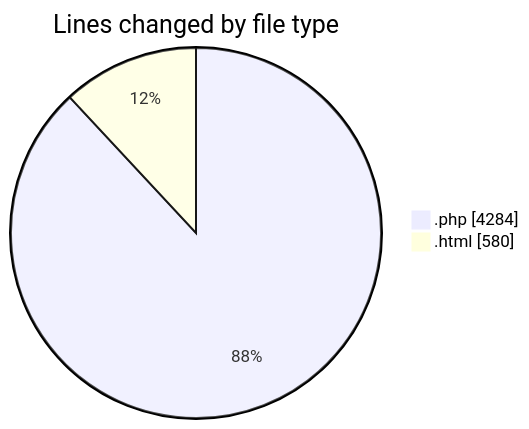
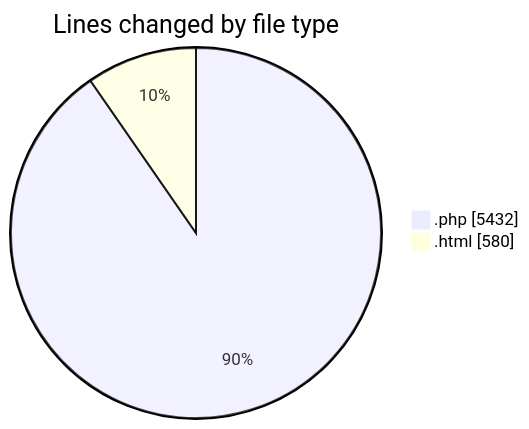
One commit to lephambinh05/code-tracking changed the first of 2 diagrams in 2025-09-02/quytuthien_vn/README.md. Above: the diagram before and after it, drawn with Mermaid. The commit also changed other lines of this file and 1 other file, not shown here.

````diff
--- a/2025-09-02/quytuthien_vn/README.md
+++ b/2025-09-02/quytuthien_vn/README.md
@@ -22,6 +26,6 @@
 ```mermaid
 pie showData
 title Lines changed by file type
-".php" : 4284
+".php" : 5432
 ".html" : 580
 ```
````
